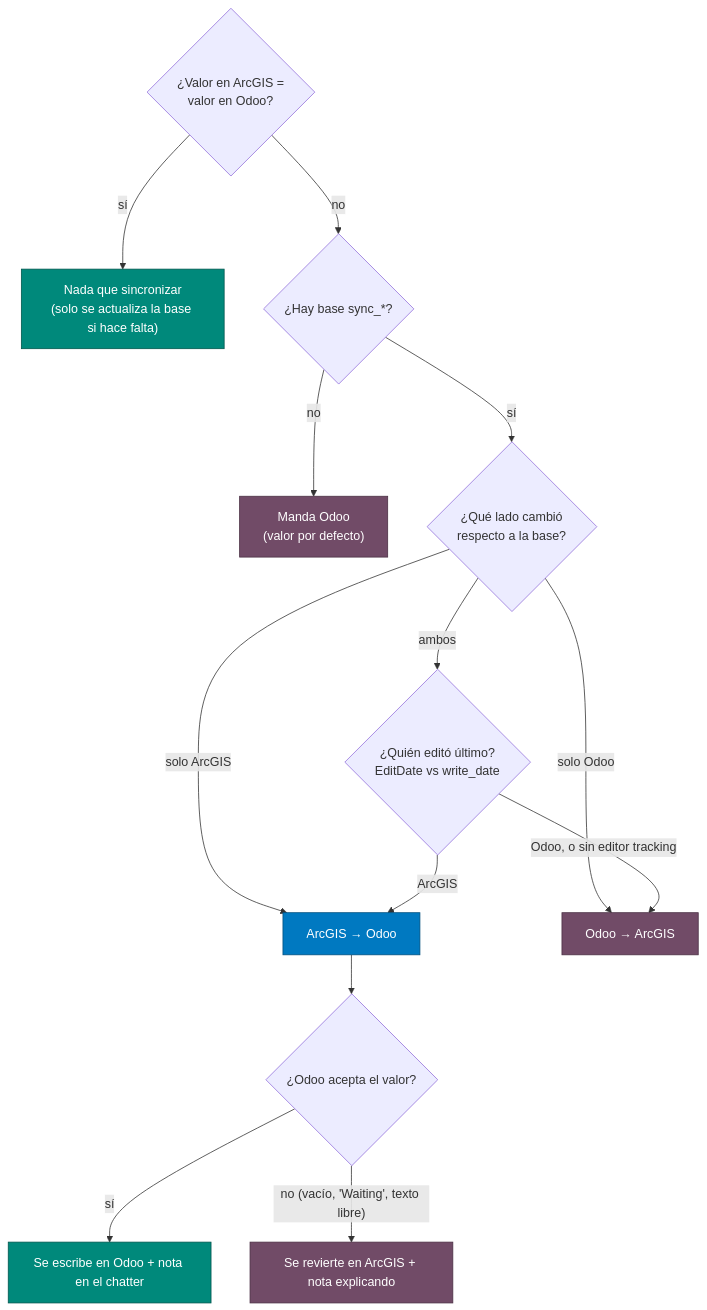
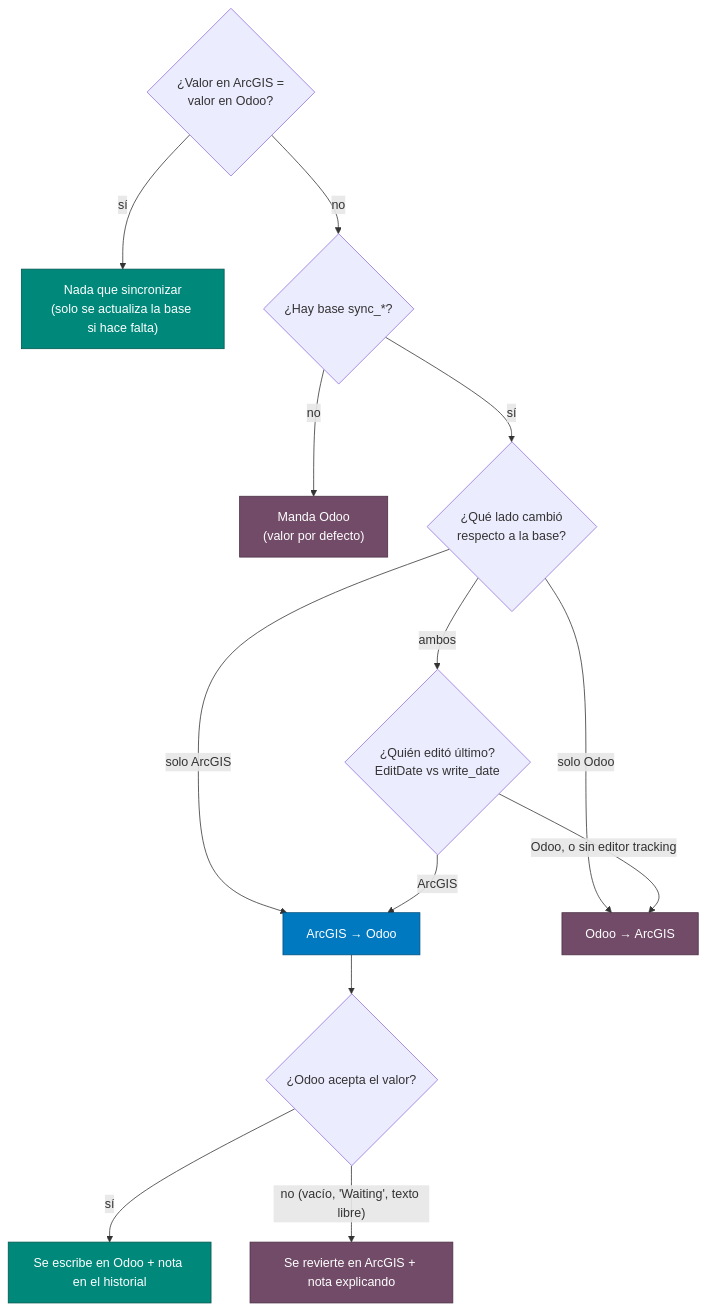
The eighth of 9 diagrams in README.md (osbonilla/IntegracionOdooArcGIS), drawn with Mermaid before and after one commit. The commit also changed other lines of this file and 6 other files, not shown here.

````diff
--- a/README.md
+++ b/README.md
@@ -653,22 +925,22 @@
 ```mermaid
 flowchart TD
     A{"¿Valor en ArcGIS =<br/>valor en Odoo?"} -- sí --> N["Nada que sincronizar<br/>(solo se actualiza la base si hace falta)"]
     A -- no --> B{"¿Hay base sync_*?"}
     B -- no --> OD1["Manda Odoo<br/>(valor por defecto)"]
     B -- sí --> C{"¿Qué lado cambió<br/>respecto a la base?"}
     C -- solo ArcGIS --> AO["ArcGIS → Odoo"]
     C -- solo Odoo --> OA["Odoo → ArcGIS"]
     C -- ambos --> D{"¿Quién editó último?<br/>EditDate vs write_date"}
     D -- ArcGIS --> AO
     D -- "Odoo, o sin editor tracking" --> OA
     AO --> V{"¿Odoo acepta el valor?"}
-    V -- sí --> OK["Se escribe en Odoo + nota en el chatter"]
+    V -- sí --> OK["Se escribe en Odoo + nota en el historial"]
     V -- "no (vacío, 'Waiting', texto libre)" --> REV["Se revierte en ArcGIS + nota explicando"]
 
     classDef odoo fill:#714B67,stroke:#4a2f43,color:#ffffff
     classDef esri fill:#0079C1,stroke:#004f7e,color:#ffffff
     classDef ok fill:#00897B,stroke:#00564d,color:#ffffff
     class OA,OD1,REV odoo
     class AO esri
     class OK,N ok
 ```
````
